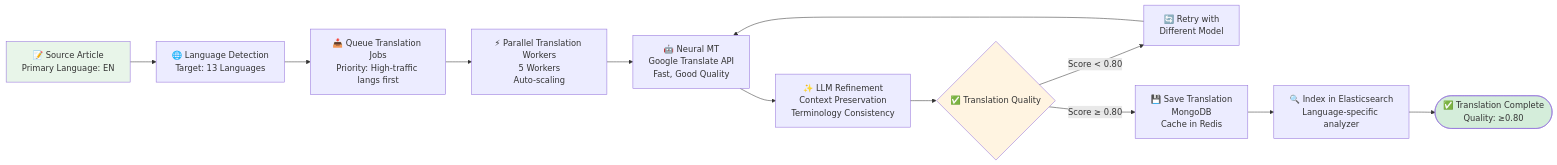
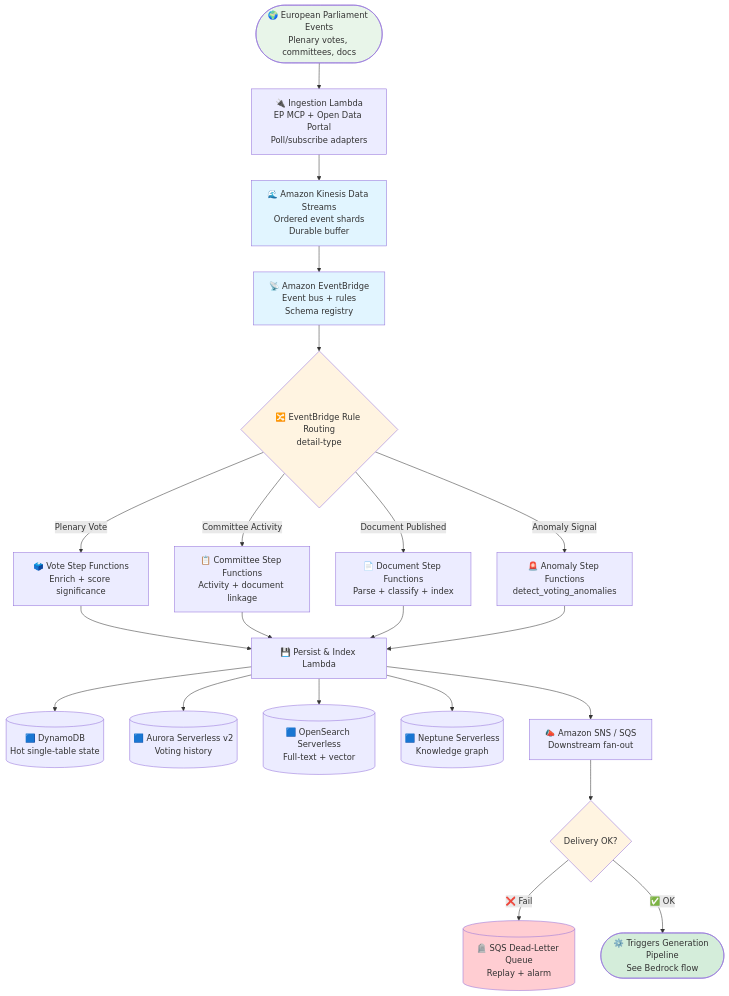
The fourth of 8 diagrams in FUTURE_FLOWCHART.md (Hack23/euparliamentmonitor), drawn with Mermaid before and after one commit. The commit also changed other lines of this file and 5 other files, not shown here.

Commit message:
docs: rewrite FUTURE architecture portfolio for v2.0/v3.0 all-in-AWS vision

````diff
--- a/FUTURE_FLOWCHART.md
+++ b/FUTURE_FLOWCHART.md
@@ -479,27 +314,39 @@
 ```mermaid
-flowchart LR
-    Source[📝 Source Article<br/>Primary Language: EN] --> DetectLanguages[🌐 Language Detection<br/>Target: 13 Languages]
+flowchart TD
+    EP([🌍 European Parliament Events<br/>Plenary votes, committees, docs]) --> Ingest[🔌 Ingestion Lambda<br/>EP MCP + Open Data Portal<br/>Poll/subscribe adapters]
 
-    DetectLanguages --> QueueTranslations[📥 Queue Translation Jobs<br/>Priority: High-traffic langs first]
+    Ingest --> Stream[🌊 Amazon Kinesis Data Streams<br/>Ordered event shards<br/>Durable buffer]
 
-    QueueTranslations --> ParallelWorkers[⚡ Parallel Translation Workers<br/>5 Workers<br/>Auto-scaling]
+    Stream --> Bus[📡 Amazon EventBridge<br/>Event bus + rules<br/>Schema registry]
 
-    ParallelWorkers --> NeuralMT[🤖 Neural MT<br/>Google Translate API<br/>Fast, Good Quality]
+    Bus --> Route{🔀 EventBridge Rule Routing<br/>detail-type}
 
-    NeuralMT --> LLMRefine[✨ LLM Refinement<br/>Context Preservation<br/>Terminology Consistency]
+    Route -->|Plenary Vote| VoteSF[🗳️ Vote Step Functions<br/>Enrich + score significance]
+    Route -->|Committee Activity| CommSF[📋 Committee Step Functions<br/>Activity + document linkage]
+    Route -->|Document Published| DocSF[📄 Document Step Functions<br/>Parse + classify + index]
+    Route -->|Anomaly Signal| AnomSF[🚨 Anomaly Step Functions<br/>detect_voting_anomalies]
 
-    LLMRefine --> QualityCheck{✅ Translation Quality}
+    VoteSF --> Persist[💾 Persist & Index Lambda]
+    CommSF --> Persist
+    DocSF --> Persist
+    AnomSF --> Persist
 
-    QualityCheck -->|Score < 0.80| Retry[🔄 Retry with<br/>Different Model]
-    Retry --> NeuralMT
+    Persist --> DDB[(🟦 DynamoDB<br/>Hot single-table state)]
+    Persist --> Aurora[(🟦 Aurora Serverless v2<br/>Voting history)]
+    Persist --> OS[(🟦 OpenSearch Serverless<br/>Full-text + vector)]
+    Persist --> Neptune[(🟦 Neptune Serverless<br/>Knowledge graph)]
 
-    QualityCheck -->|Score ≥ 0.80| SaveTranslation[💾 Save Translation<br/>MongoDB<br/>Cache in Redis]
+    Persist --> Notify[📣 Amazon SNS / SQS<br/>Downstream fan-out]
 
-    SaveTranslation --> IndexSearch[🔍 Index in Elasticsearch<br/>Language-specific analyzer]
+    Notify --> DLQ{Delivery OK?}
+    DLQ -->|❌ Fail| DeadLetter[(🪦 SQS Dead-Letter Queue<br/>Replay + alarm)]
+    DLQ -->|✅ OK| Trigger([⚙️ Triggers Generation Pipeline<br/>See Bedrock flow])
 
-    IndexSearch --> Complete([✅ Translation Complete<br/>Quality: ≥0.80])
-
-    style Source fill:#e8f5e9
-    style QualityCheck fill:#fff4e1
-    style Complete fill:#d4edda
+    style EP fill:#e8f5e9
+    style Stream fill:#e1f5ff
+    style Bus fill:#e1f5ff
+    style Route fill:#fff4e1
+    style DLQ fill:#fff4e1
+    style DeadLetter fill:#ffcdd2
+    style Trigger fill:#d4edda
 ```
````
